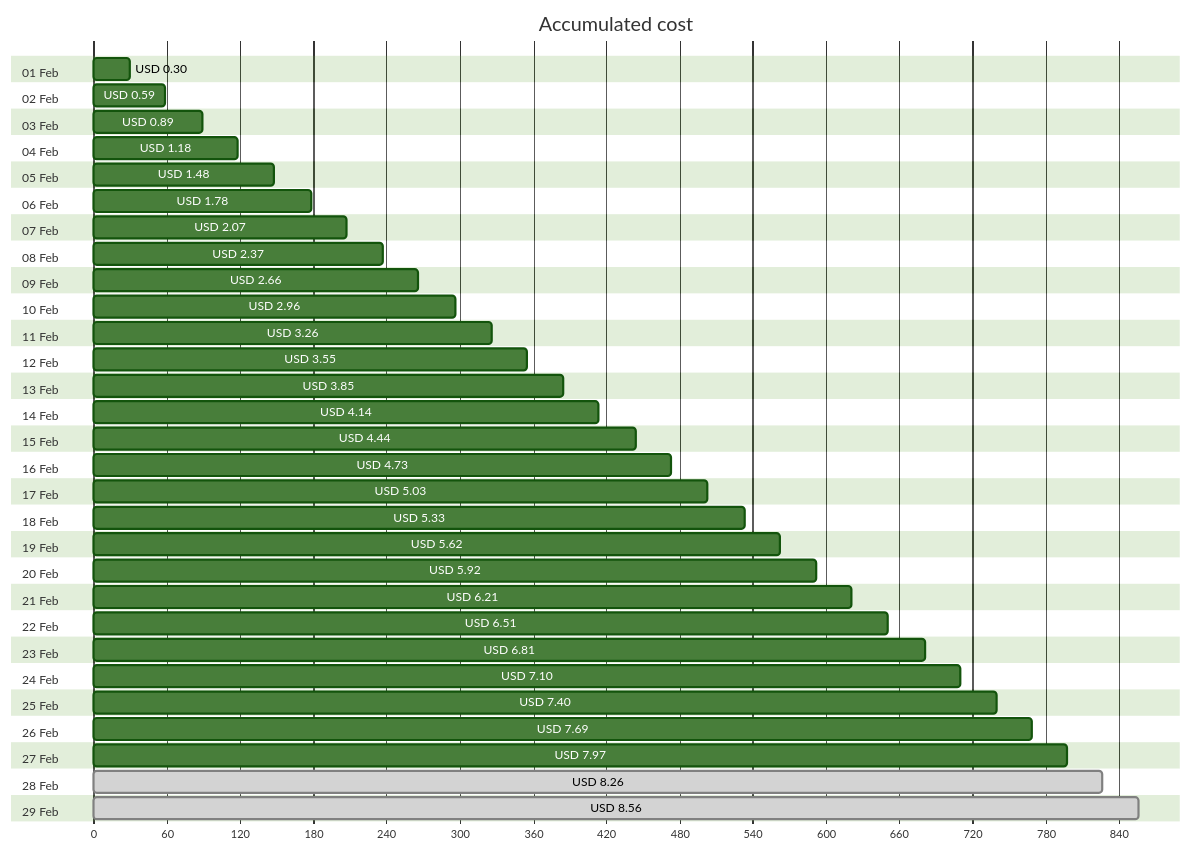
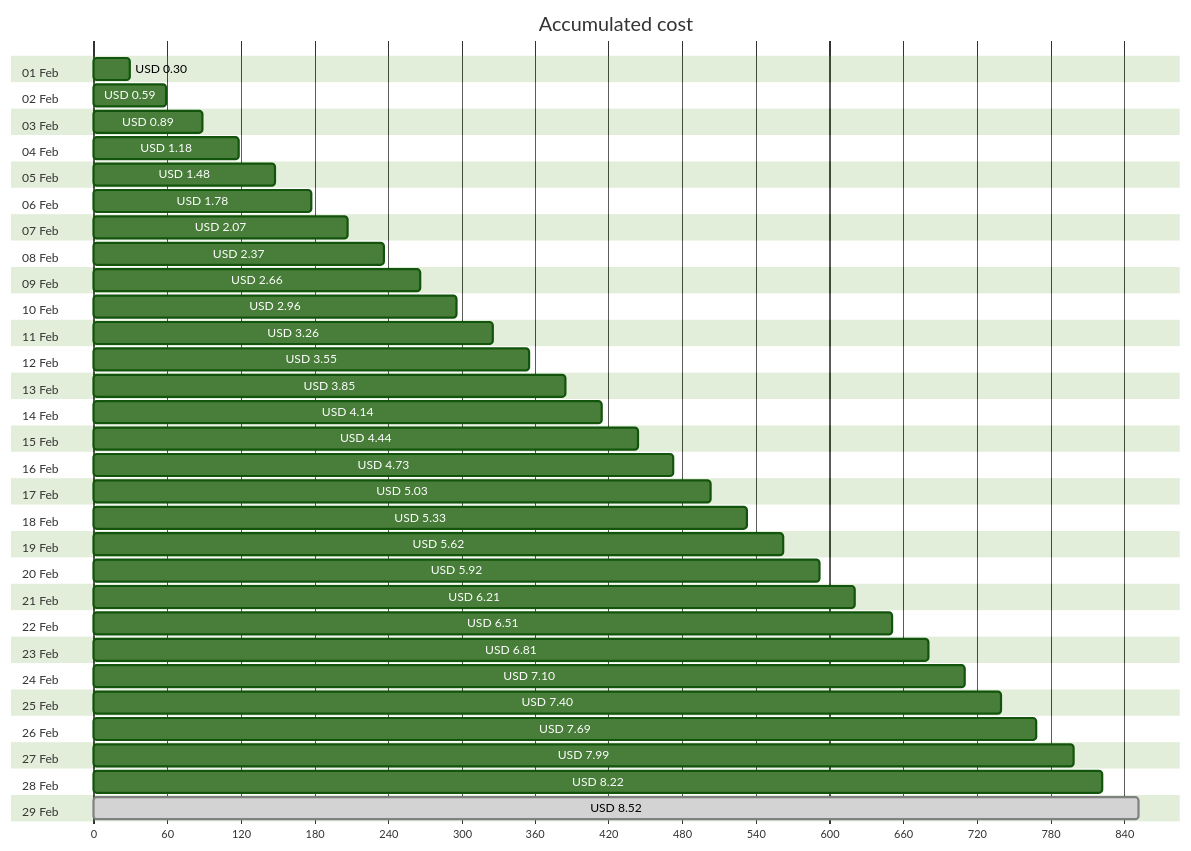
Before and after one commit to jpfulton/azure-personal-reports: the first of 4 diagrams in cost-reports/personal-site/personal-site-preview.md, drawn with Mermaid (forest theme). The commit also changed other lines of this file and 6 other files, not shown here.

````diff
--- a/cost-reports/personal-site/personal-site-preview.md
+++ b/cost-reports/personal-site/personal-site-preview.md
@@ -20,64 +20,64 @@
 ```mermaid
 gantt
    title Accumulated cost
    dateFormat  X
    axisFormat %s
    section 01 Feb
    USD 0.30 :0, 30
    section 02 Feb
    USD 0.59 :0, 59
    section 03 Feb
    USD 0.89 :0, 89
    section 04 Feb
    USD 1.18 :0, 118
    section 05 Feb
    USD 1.48 :0, 148
    section 06 Feb
    USD 1.78 :0, 178
    section 07 Feb
    USD 2.07 :0, 207
    section 08 Feb
    USD 2.37 :0, 237
    section 09 Feb
    USD 2.66 :0, 266
    section 10 Feb
    USD 2.96 :0, 296
    section 11 Feb
    USD 3.26 :0, 326
    section 12 Feb
    USD 3.55 :0, 355
    section 13 Feb
    USD 3.85 :0, 385
    section 14 Feb
    USD 4.14 :0, 414
    section 15 Feb
    USD 4.44 :0, 444
    section 16 Feb
    USD 4.73 :0, 473
    section 17 Feb
    USD 5.03 :0, 503
    section 18 Feb
    USD 5.33 :0, 533
    section 19 Feb
    USD 5.62 :0, 562
    section 20 Feb
    USD 5.92 :0, 592
    section 21 Feb
    USD 6.21 :0, 621
    section 22 Feb
    USD 6.51 :0, 651
    section 23 Feb
    USD 6.81 :0, 681
    section 24 Feb
    USD 7.10 :0, 710
    section 25 Feb
    USD 7.40 :0, 740
    section 26 Feb
    USD 7.69 :0, 769
    section 27 Feb
-   USD 7.97 :0, 797
+   USD 7.99 :0, 799
    section 28 Feb
-   USD 8.26 : done, 0, 826
+   USD 8.22 :0, 822
    section 29 Feb
-   USD 8.56 : done, 0, 856
+   USD 8.52 : done, 0, 852
 ```
````
